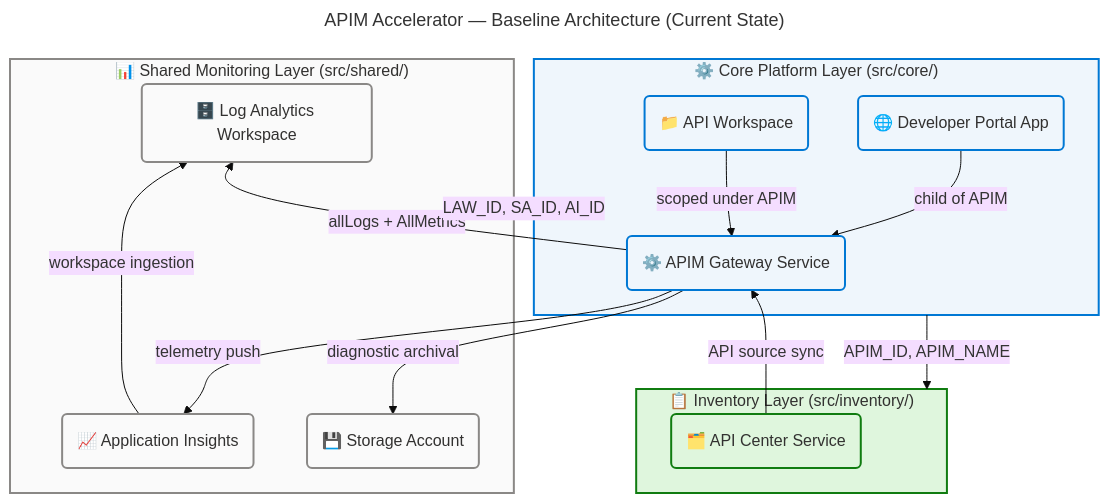
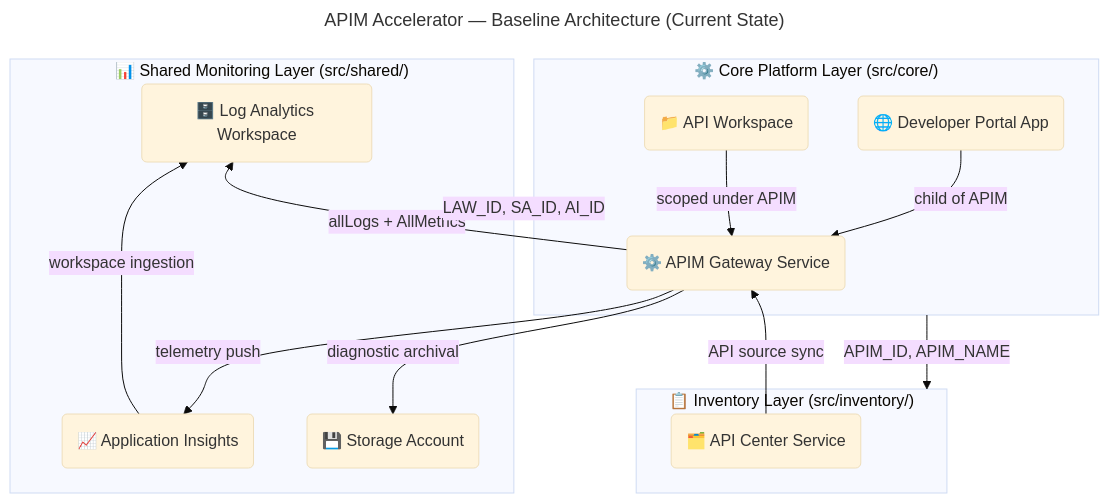
The fifth of 8 diagrams in docs/architecture/application-architecture.md (Evilazaro/APIM-Accelerator), drawn with Mermaid before and after one commit. The commit also changed other lines of this file and 2 other files, not shown here.

Commit message:
style: remove redundant comments and streamline flowchart styles for clarity in architecture documentation

````diff
--- a/docs/architecture/application-architecture.md
+++ b/docs/architecture/application-architecture.md
@@ -502,61 +437,45 @@
 ```mermaid
 ---
 title: "APIM Accelerator — Baseline Architecture (Current State)"
 config:
   theme: base
   look: classic
   layout: dagre
   themeVariables:
     fontSize: '16px'
   flowchart:
     htmlLabels: true
 ---
 flowchart TB
     accTitle: APIM Accelerator Baseline Architecture Current State
     accDescr: Current state baseline architecture showing all seven deployed services across the three module layers with their dependency relationships and protocol connections
 
-    %% ═══════════════════════════════════════════════════════════════════════════
-    %% AZURE / FLUENT ARCHITECTURE PATTERN v1.1
-    %% (Semantic + Structural + Font + Accessibility Governance)
-    %% ═══════════════════════════════════════════════════════════════════════════
-    %% PHASE 1 - FLUENT UI: All styling uses approved Fluent UI palette only
-    %% PHASE 2 - GROUPS: Every subgraph has semantic color via style directive
-    %% PHASE 3 - COMPONENTS: Every node has semantic classDef + icon prefix
-    %% PHASE 4 - ACCESSIBILITY: accTitle/accDescr present, WCAG AA contrast
-    %% PHASE 5 - STANDARD: Governance block present, classDefs centralized
-    %% ═══════════════════════════════════════════════════════════════════════════
 
     subgraph SHARED_LAYER["📊 Shared Monitoring Layer (src/shared/)"]
         LAW("🗄️ Log Analytics Workspace"):::neutral
         APPINS("📈 Application Insights"):::neutral
         SA("💾 Storage Account"):::neutral
     end
 
     subgraph CORE_LAYER["⚙️ Core Platform Layer (src/core/)"]
         APIM("⚙️ APIM Gateway Service"):::core
         PORTAL("🌐 Developer Portal App"):::core
         WS("📁 API Workspace"):::core
     end
 
     subgraph INV_LAYER["📋 Inventory Layer (src/inventory/)"]
         APIC("🗂️ API Center Service"):::success
     end
 
     SHARED_LAYER -->|"LAW_ID, SA_ID, AI_ID"| CORE_LAYER
     CORE_LAYER -->|"APIM_ID, APIM_NAME"| INV_LAYER
     APIM -->|"allLogs + AllMetrics"| LAW
     APIM -->|"telemetry push"| APPINS
     APIM -->|"diagnostic archival"| SA
     APPINS -->|"workspace ingestion"| LAW
     PORTAL -->|"child of APIM"| APIM
     WS -->|"scoped under APIM"| APIM
     APIC -->|"API source sync"| APIM
 
-    classDef neutral fill:#FAFAFA,stroke:#8A8886,stroke-width:2px,color:#323130
-    classDef core fill:#EFF6FC,stroke:#0078D4,stroke-width:2px,color:#323130
-    classDef success fill:#DFF6DD,stroke:#107C10,stroke-width:2px,color:#323130
 
-    style SHARED_LAYER fill:#FAFAFA,stroke:#8A8886,stroke-width:2px,color:#323130
-    style CORE_LAYER fill:#EFF6FC,stroke:#0078D4,stroke-width:2px,color:#323130
-    style INV_LAYER fill:#DFF6DD,stroke:#107C10,stroke-width:2px,color:#323130
 ```
````
